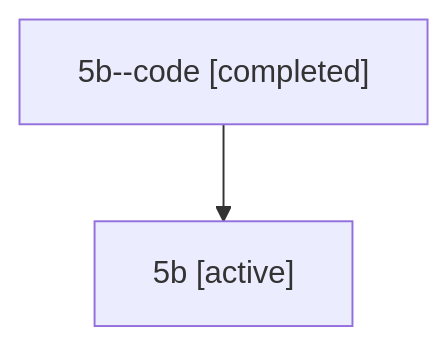
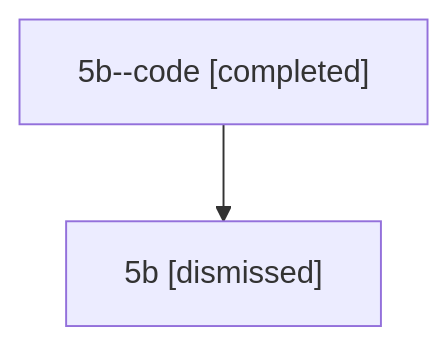
The diagram in sessions/bbugyi200.athena.5b.md (sase-org/sase--agents), drawn with Mermaid before and after one commit. The commit also changed other lines of this file and 32 other files, not shown here.

````diff
--- a/sessions/bbugyi200.athena.5b.md
+++ b/sessions/bbugyi200.athena.5b.md
@@ -9,6 +9,6 @@
 ```mermaid
 flowchart TD
   n0["5b--code [completed]"]
-  n1["5b [active]"]
+  n1["5b [dismissed]"]
   n0 --> n1
 ```
````
